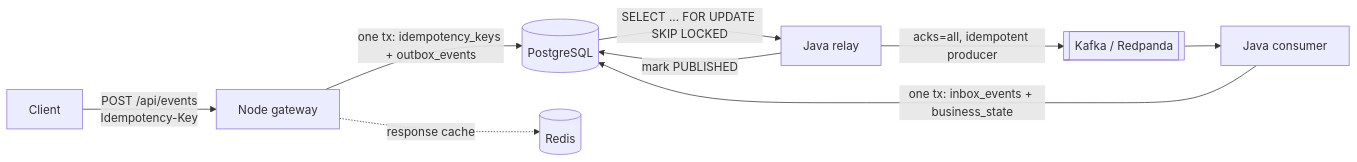
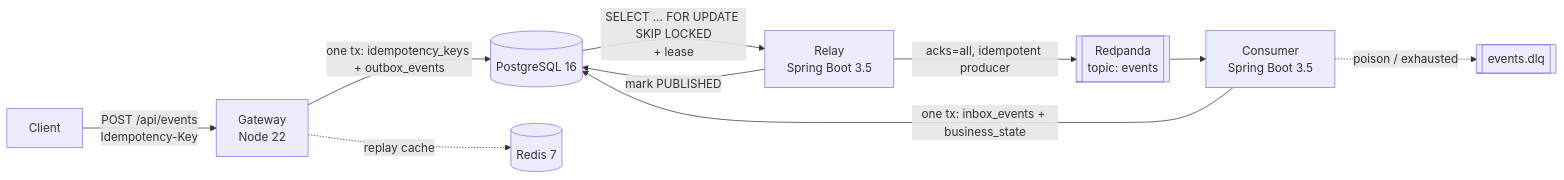
Before and after one commit to Husqvarnalox/execute-once: the diagram in README.md, drawn with Mermaid. The commit also changed other lines of this file and 97 other files, not shown here.

````diff
--- a/README.md
+++ b/README.md
@@ -22,11 +30,12 @@
 ```mermaid
 flowchart LR
-    C[Client] -->|POST /api/events<br/>Idempotency-Key| G[Node gateway]
-    G -->|one tx: idempotency_keys + outbox_events| P[(PostgreSQL)]
-    G -. response cache .-> R[(Redis)]
-    P -->|SELECT ... FOR UPDATE SKIP LOCKED| REL[Java relay]
-    REL -->|acks=all, idempotent producer| K[[Kafka / Redpanda]]
+    C[Client] -->|POST /api/events<br/>Idempotency-Key| G[Gateway<br/>Node 22]
+    G -->|one tx: idempotency_keys + outbox_events| P[(PostgreSQL 16)]
+    G -. replay cache .-> R[(Redis 7)]
+    P -->|SELECT ... FOR UPDATE SKIP LOCKED<br/>+ lease| REL[Relay<br/>Spring Boot 3.5]
+    REL -->|acks=all, idempotent producer| K[[Redpanda<br/>topic: events]]
     REL -->|mark PUBLISHED| P
-    K --> CON[Java consumer]
+    K --> CON[Consumer<br/>Spring Boot 3.5]
     CON -->|one tx: inbox_events + business_state| P
+    CON -. poison / exhausted .-> DLQ[[events.dlq]]
 ```
````
